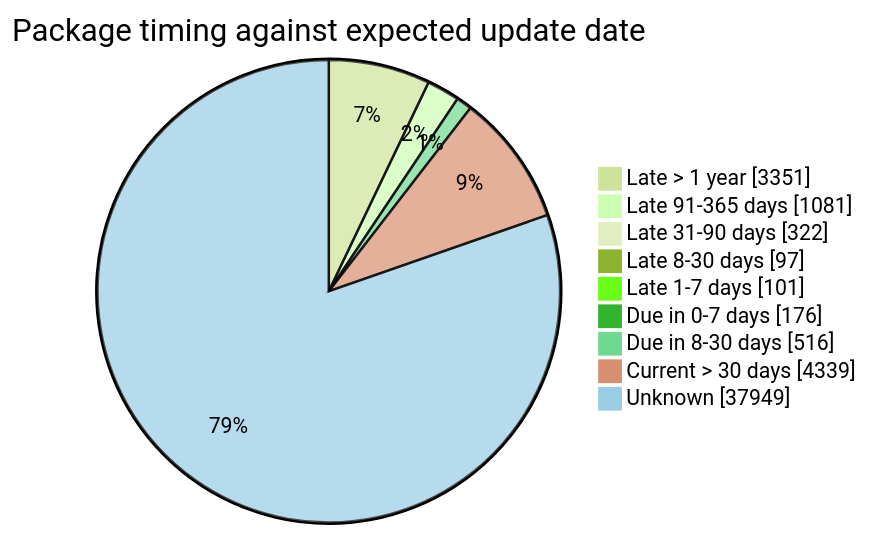
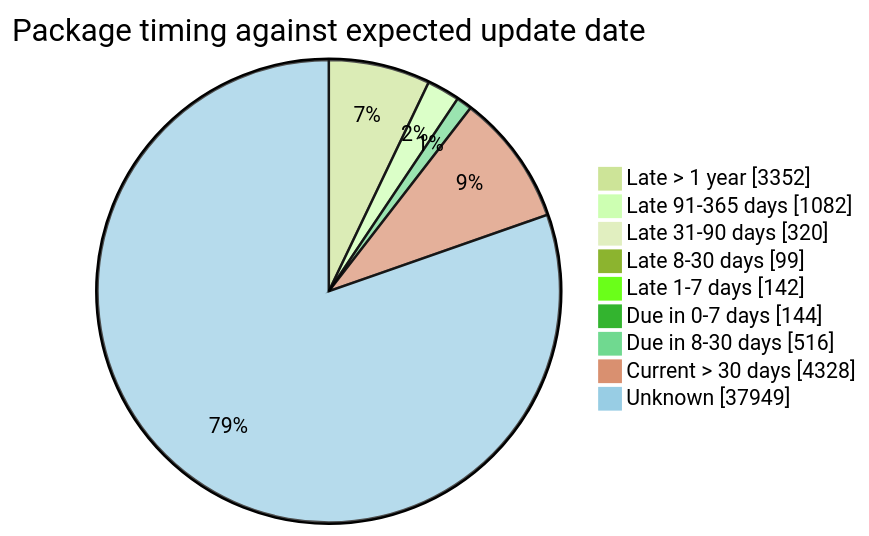
One commit to open-data/analytics-corporate-reporting changed the fourth of 5 diagrams in FreshCheck/README.md. Above: the diagram before and after it, drawn with Mermaid (forest theme). The commit also changed other lines of this file and 3 other files, not shown here.

````diff
--- a/FreshCheck/README.md
+++ b/FreshCheck/README.md
@@ -86,12 +86,12 @@
 ```mermaid
 pie showData title Package timing against expected update date
-    "Late > 1 year": 3351
-    "Late 91-365 days": 1081
-    "Late 31-90 days": 322
-    "Late 8-30 days": 97
-    "Late 1-7 days": 101
-    "Due in 0-7 days": 176
+    "Late > 1 year": 3352
+    "Late 91-365 days": 1082
+    "Late 31-90 days": 320
+    "Late 8-30 days": 99
+    "Late 1-7 days": 142
+    "Due in 0-7 days": 144
     "Due in 8-30 days": 516
-    "Current > 30 days": 4339
+    "Current > 30 days": 4328
     "Unknown": 37949
 ```
````
